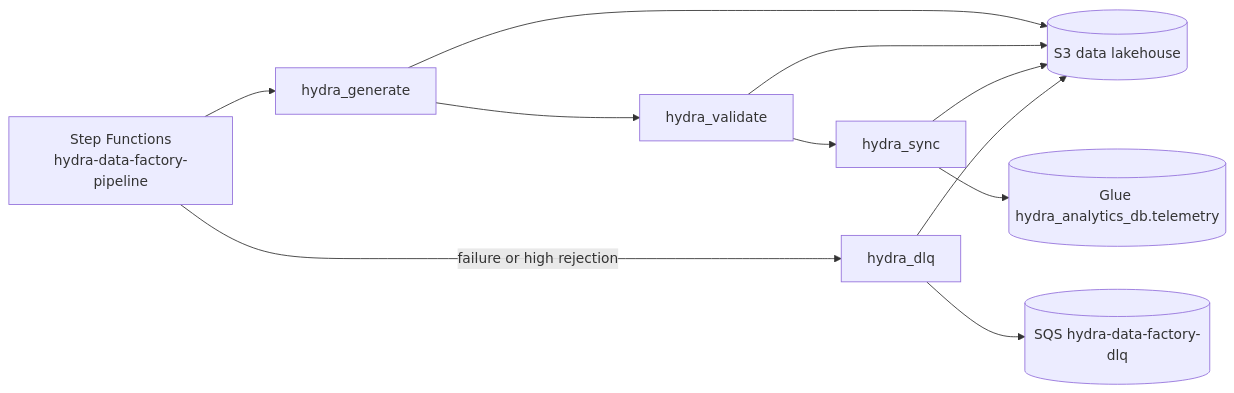
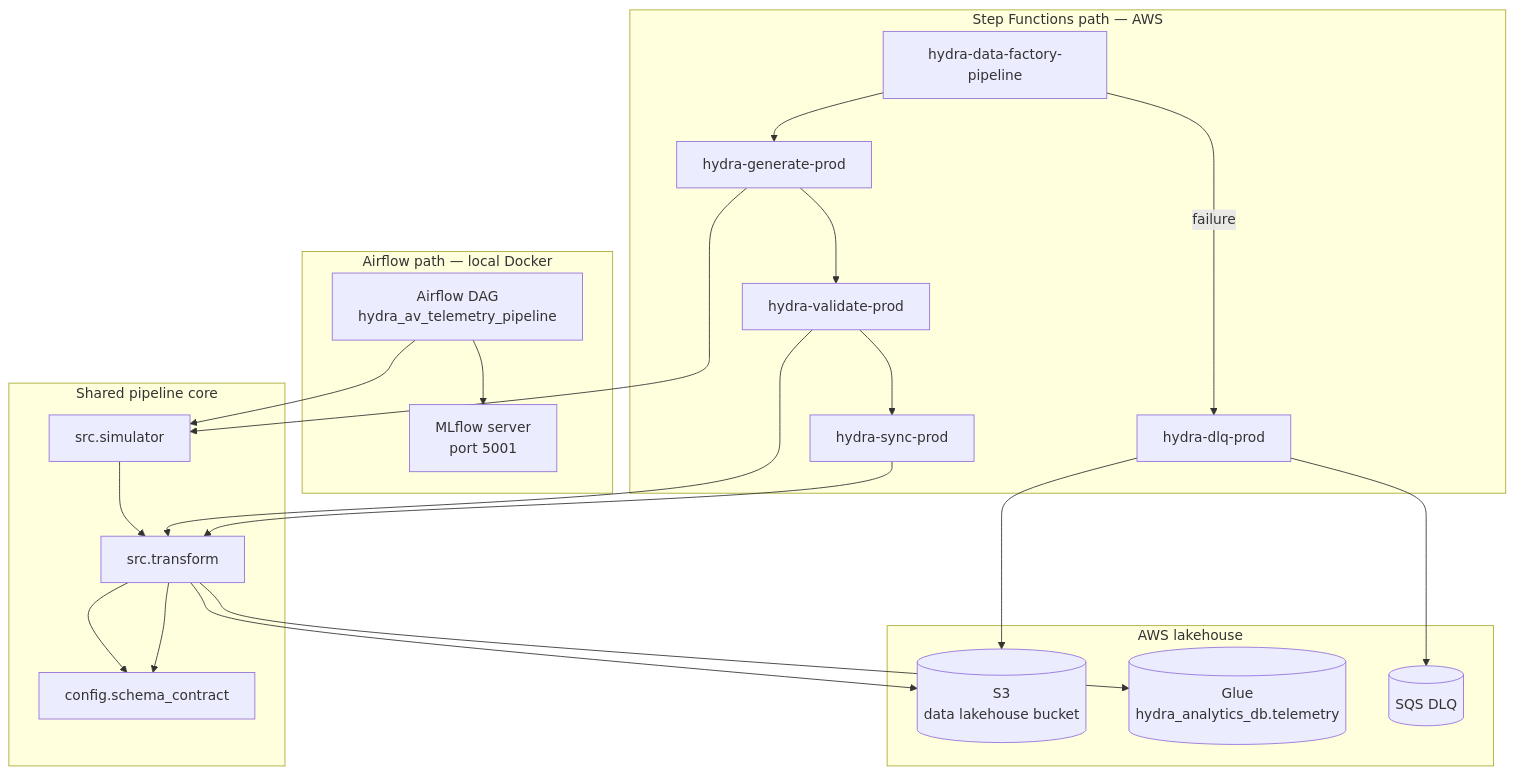
Before and after one commit to hamidmatiny/hydra-data-factory: the diagram in README.md, drawn with Mermaid. The commit also changed other lines of this file and 10 other files, not shown here.

````diff
--- a/README.md
+++ b/README.md
@@ -299,20 +11,40 @@
 ```mermaid
-flowchart LR
-    SFN[Step Functions\nhydra-data-factory-pipeline]
-    Gen[hydra_generate]
-    Val[hydra_validate]
-    Sync[hydra_sync]
-    DLQ[hydra_dlq]
-    S3[(S3 data lakehouse)]
-    Glue[(Glue hydra_analytics_db.telemetry)]
-    SQS[(SQS hydra-data-factory-dlq)]
+flowchart TB
+    subgraph airflow_path [Airflow path — local Docker]
+        AF[Airflow DAG\nhydra_av_telemetry_pipeline]
+        ML[MLflow server\nport 5001]
+        AF --> ML
+    end
 
-    SFN --> Gen --> Val --> Sync
-    Gen --> S3
-    Val --> S3
-    Sync --> S3
-    Sync --> Glue
-    SFN -->|failure or high rejection| DLQ
-    DLQ --> S3
-    DLQ --> SQS
+    subgraph sfn_path [Step Functions path — AWS]
+        SFN[hydra-data-factory-pipeline]
+        L1[hydra-generate-prod]
+        L2[hydra-validate-prod]
+        L3[hydra-sync-prod]
+        L4[hydra-dlq-prod]
+        SFN --> L1 --> L2 --> L3
+        SFN -->|failure| L4
+    end
+
+    subgraph core [Shared pipeline core]
+        SIM[src.simulator]
+        ETL[src.transform]
+        CONTRACT[config.schema_contract]
+    end
+
+    subgraph lakehouse [AWS lakehouse]
+        S3[(S3\ndata lakehouse bucket)]
+        GLUE[(Glue\nhydra_analytics_db.telemetry)]
+        SQS[(SQS DLQ)]
+    end
+
+    AF --> SIM --> ETL --> CONTRACT
+    L1 --> SIM
+    L2 --> ETL --> CONTRACT
+    L3 --> ETL
+
+    ETL --> S3
+    ETL --> GLUE
+    L4 --> S3
+    L4 --> SQS
 ```
````
